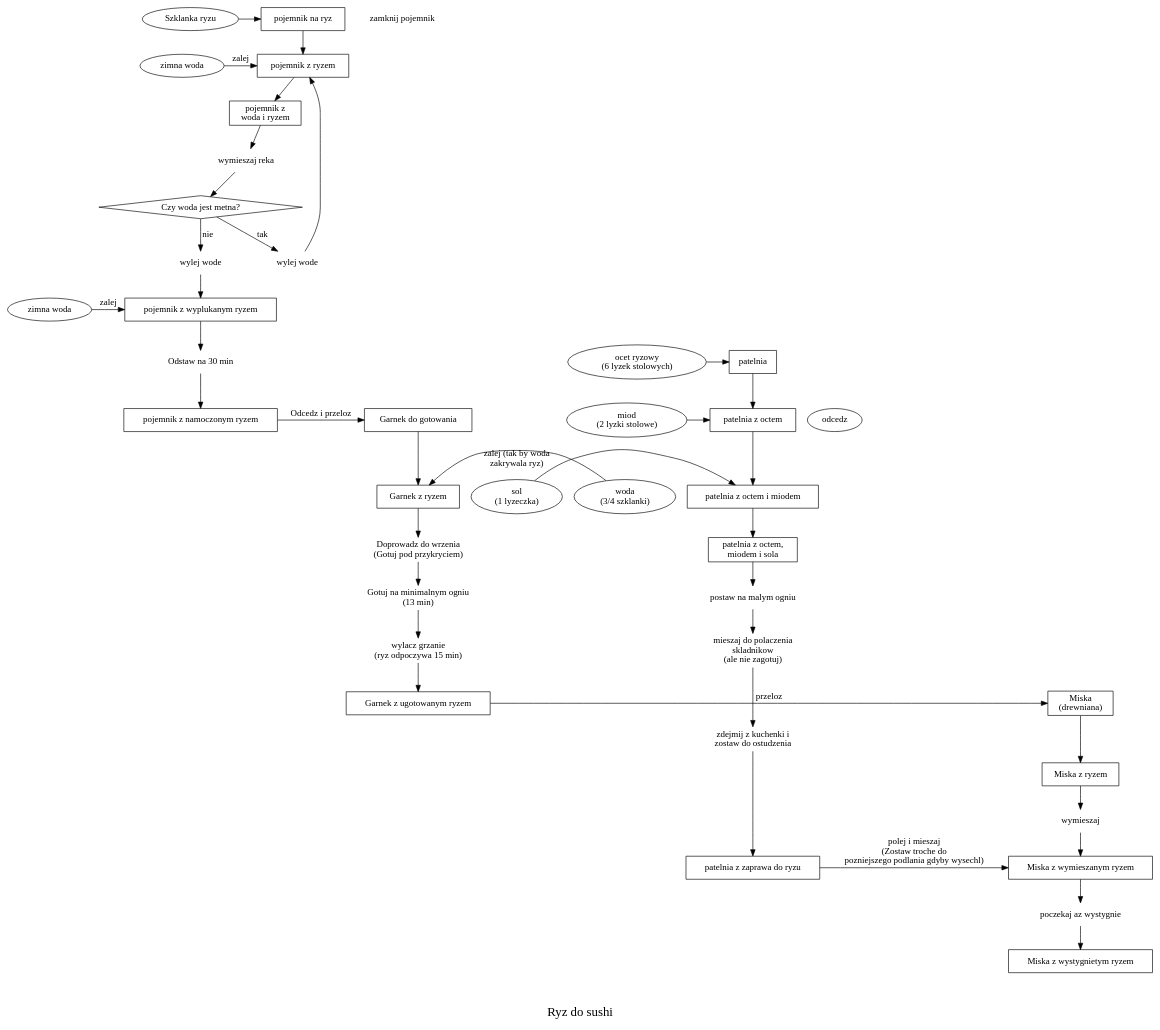
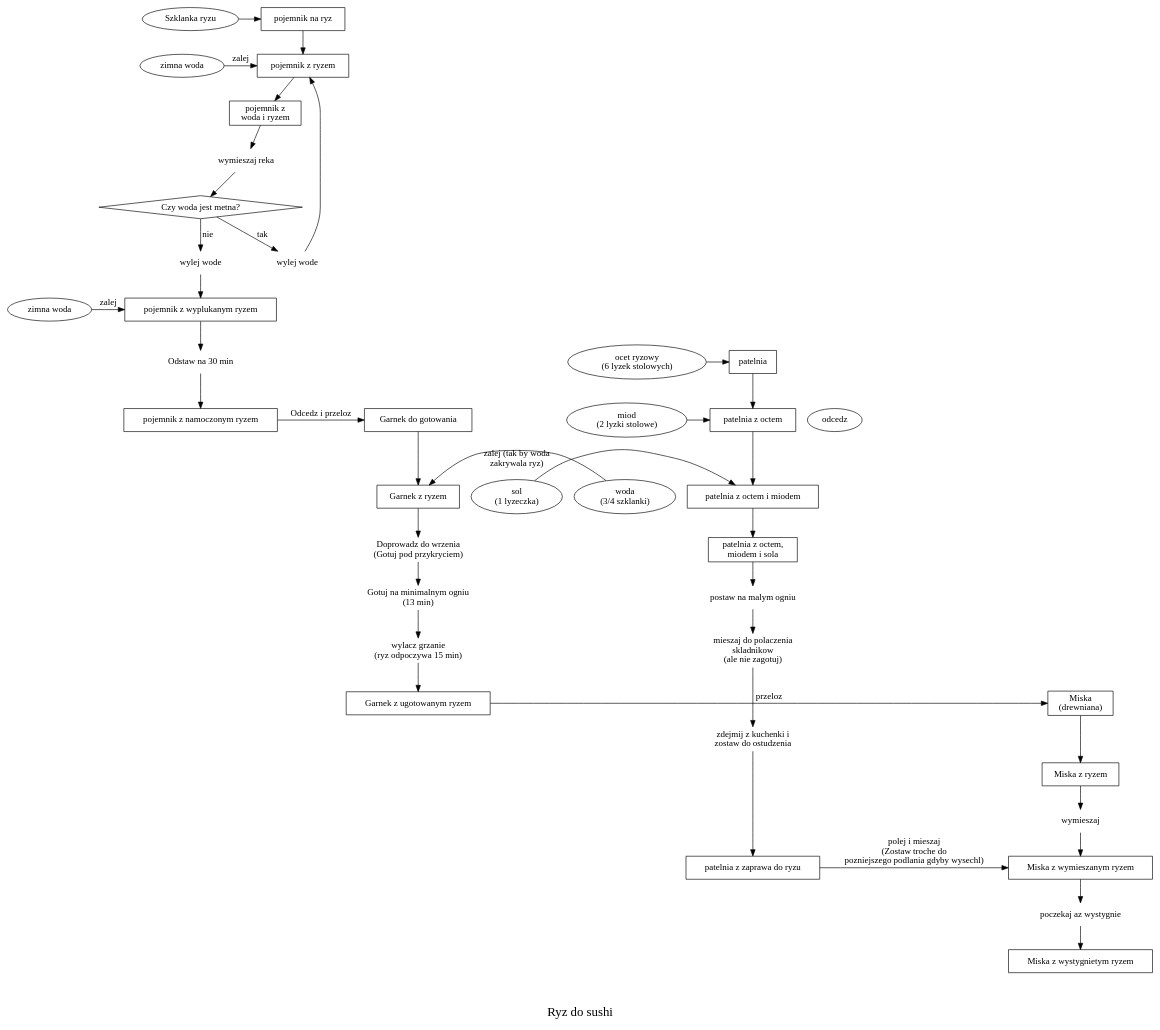
One commit to yetanotherdeveloper/cooking-reciepes-as-graphs changed the diagram in sushi/ryz.dot. Above: the diagram before and after it, drawn with Graphviz.

Commit message:
- added futomaki

```diff
--- a/sushi/ryz.dot
+++ b/sushi/ryz.dot
@@ -1,78 +1,77 @@
 
 digraph G {
   fontsize=20
   label="\n\nRyz do sushi"
   URL="https://www.youtube.com/watch?v=l3D-AV_AYyo&t=226s"
   {rank=same ryz,pojemnik}
   {rank=same woda,pojemnik2}
   {rank=same woda2,pojemnik4}
   {rank=same odcedz,pojemnik5,garnek}
   {rank=same odstaw,ocet,patelnia}
   {rank=same miod,patelnia2}
   {rank=same woda3,garnek2}
   {rank=same sol,patelnia3}
   {rank=same garnek3,miska}
   {rank=same patelnia5,miska3}
   ryz[label="Szklanka ryzu"]
   woda[label="zimna woda"]
   woda2[label="zimna woda"]
   woda3[label="woda \n(3/4 szklanki)"]
   miod[label="miod\n(2 lyzki stolowe)"]
   ocet[label="ocet ryzowy\n(6 lyzek stolowych)"]
   sol[label="sol\n(1 lyzeczka)"]
   mieszaj[label="wymieszaj reka",shape=none]
   wymieszaj[label="wymieszaj",shape=none]
   mieszaj3[label="mieszaj do polaczenia\n skladnikow\n(ale nie zagotuj)",shape=none]
   wylej[label="wylej wode",shape=none]
   wylej2[label="wylej wode",shape=none]
   podgrzej[label="postaw na malym ogniu",shape=none]
   metna[label="Czy woda jest metna?",shape=diamond]
-  zamknij[label="zamknij pojemnik",shape=none]
   ostodz[label="zdejmij z kuchenki i\nzostaw do ostudzenia",shape=none]
   czekaj[label="poczekaj az wystygnie",shape=none]
   odstaw[label="Odstaw na 30 min",shape=none]
   gotuj1[label="Doprowadz do wrzenia\n(Gotuj pod przykryciem)",shape=none]
   gotuj2[label="Gotuj na minimalnym ogniu\n(13 min)",shape=none]
   gotuj3[label="wylacz grzanie \n(ryz odpoczywa 15 min)",shape=none]
   patelnia[shape=rectangle,label="patelnia"]
   patelnia2[shape=rectangle,label="patelnia z octem"]
   patelnia3[shape=rectangle,label="patelnia z octem i miodem"]
   patelnia4[shape=rectangle,label="patelnia z octem,\n miodem i sola"]
   patelnia5[shape=rectangle,label="patelnia z zaprawa do ryzu"]
   pojemnik[shape=rectangle,label="pojemnik na ryz"]
   ryz->pojemnik
   pojemnik2[shape=rectangle,label="pojemnik z ryzem"]
   pojemnik3[shape=rectangle,label="pojemnik z \nwoda i ryzem"]
   pojemnik4[shape=rectangle,label="pojemnik z wyplukanym ryzem"]
   pojemnik5[shape=rectangle,label="pojemnik z namoczonym ryzem"]
   garnek[shape=rectangle,label="Garnek do gotowania"]
   garnek2[shape=rectangle,label="Garnek z ryzem"]
   garnek3[shape=rectangle,label="Garnek z ugotowanym ryzem"]
   miska[shape=rectangle,label="Miska\n(drewniana)"]
   miska2[shape=rectangle,label="Miska z ryzem"]
   miska3[shape=rectangle,label="Miska z wymieszanym ryzem"]
   miska4[shape=rectangle,label="Miska z wystygnietym ryzem"]
   woda->pojemnik2[label="zalej"]
   pojemnik->pojemnik2->pojemnik3->mieszaj->metna
   metna->wylej[label="tak"]
   metna->wylej2[label="nie"]
   wylej->pojemnik2
   wylej2->pojemnik4
   woda2->pojemnik4[label="zalej"] 
   pojemnik4->odstaw->pojemnik5
   ocet->patelnia
   miod->patelnia2
   sol->patelnia3->patelnia4
   patelnia->patelnia2->patelnia3
   patelnia4->podgrzej->mieszaj3->ostodz->patelnia5
   pojemnik5->garnek[label="Odcedz i przeloz"]
   garnek->garnek2
   woda3->garnek2[label="zalej (tak by woda\n zakrywala ryz)"]
   garnek2->gotuj1->gotuj2->gotuj3->garnek3
   garnek3->miska[label="przeloz"]
   miska->miska2->wymieszaj->miska3
   patelnia5->miska3[label="polej i mieszaj\n(Zostaw troche do\n pozniejszego podlania gdyby wysechl)"]
   miska3->czekaj->miska4
   
 // Odcedz , 3:44 w filmie
 }
```
